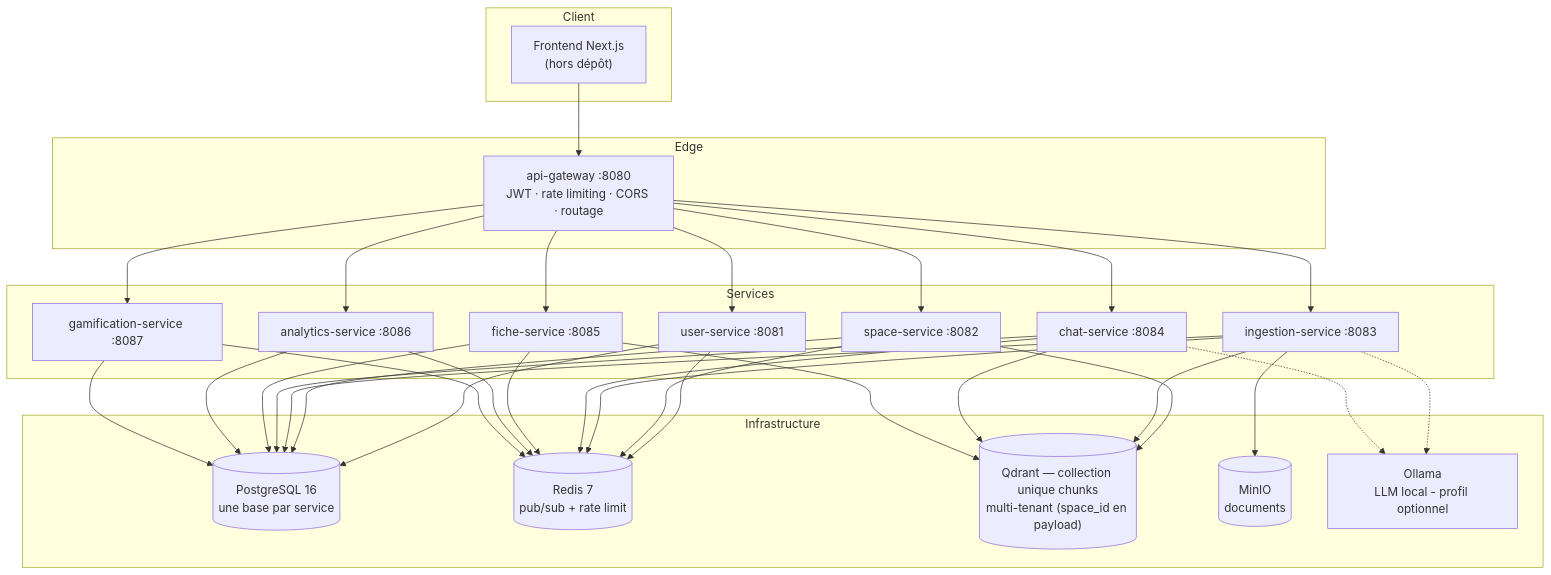
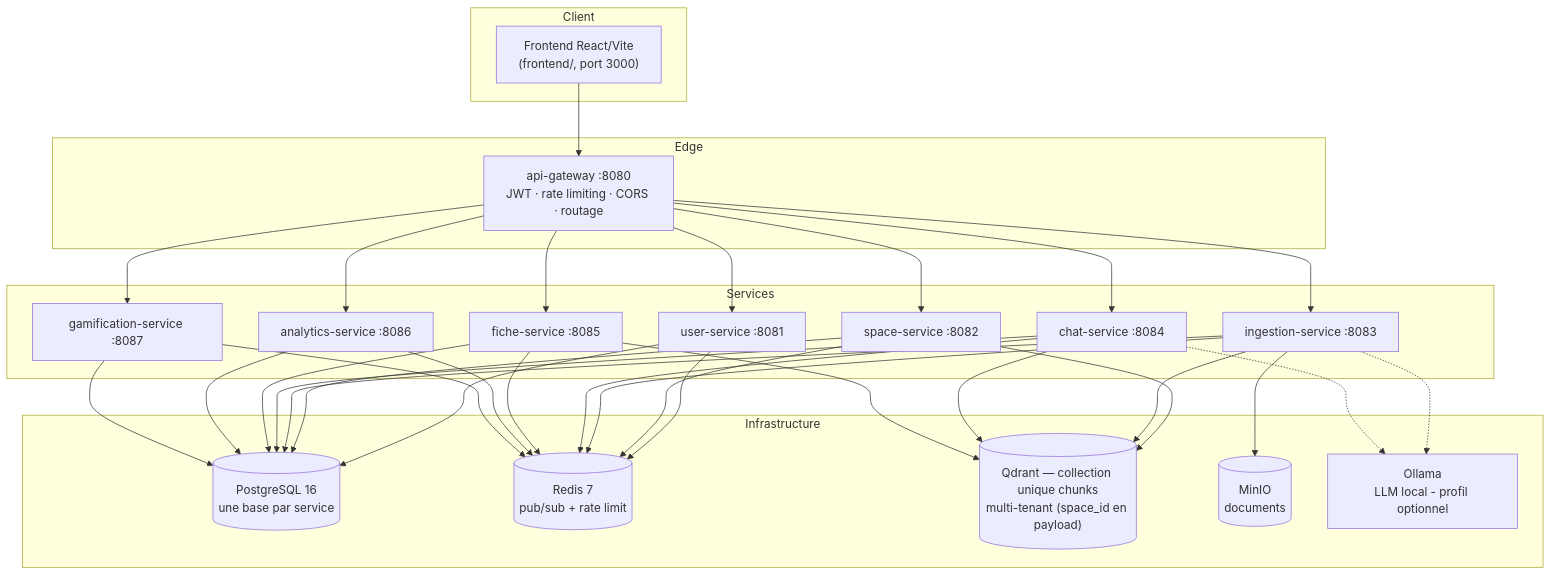
Before and after one commit to MixMaster2005/TsimokaAI: the diagram in README.md, drawn with Mermaid. The commit also changed other lines of this file and 73 other files, not shown here.

````diff
--- a/README.md
+++ b/README.md
@@ -61,36 +61,36 @@
 ```mermaid
 flowchart TB
     subgraph Client
-        FE["Frontend Next.js<br/>(hors dépôt)"]
+        FE["Frontend React/Vite<br/>(frontend/, port 3000)"]
     end
     subgraph Edge
         GW["api-gateway :8080<br/>JWT · rate limiting · CORS · routage"]
     end
     subgraph Services
         US["user-service :8081"]
         SS["space-service :8082"]
         IS["ingestion-service :8083"]
         CS["chat-service :8084"]
         FS["fiche-service :8085"]
         AS["analytics-service :8086"]
         GS["gamification-service :8087"]
     end
     subgraph Infrastructure
         PG[("PostgreSQL 16<br/>une base par service")]
         RD[("Redis 7<br/>pub/sub + rate limit")]
         QD[("Qdrant — collection unique chunks<br/>multi-tenant (space_id en payload)")]
         MO[("MinIO<br/>documents")]
         OL["Ollama<br/>LLM local - profil optionnel"]
     end
     FE --> GW
     GW --> US & SS & IS & CS & FS & AS & GS
     US --> PG & RD
     SS --> PG & RD & QD
     IS --> PG & RD & QD & MO
     CS --> PG & RD & QD
     FS --> PG & RD & QD
     AS --> PG & RD
     GS --> PG & RD
     IS -.-> OL
     CS -.-> OL
 ```
````
